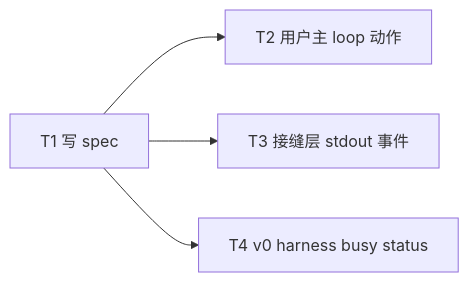
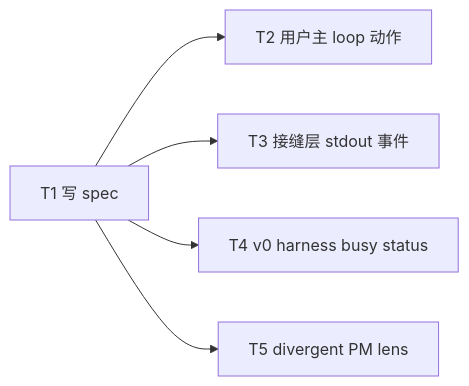
One commit to Curry09/AHE-Beta changed the diagram in docs/specs/0035-stdout-visible-harness-state.md. Above: the diagram before and after it, drawn with Mermaid. The commit also changed other lines of this file and 2 other files, not shown here.

Commit message:
spec: add divergent PM contract lens

````diff
--- a/docs/specs/0035-stdout-visible-harness-state.md
+++ b/docs/specs/0035-stdout-visible-harness-state.md
@@ -229,10 +248,12 @@
 ```mermaid
 graph LR
   T1[T1 写 spec]
   T2[T2 用户主 loop 动作]
   T3[T3 接缝层 stdout 事件]
   T4[T4 v0 harness busy status]
+  T5[T5 divergent PM lens]
   T1 --> T2
   T1 --> T3
   T1 --> T4
+  T1 --> T5
 ```
````
